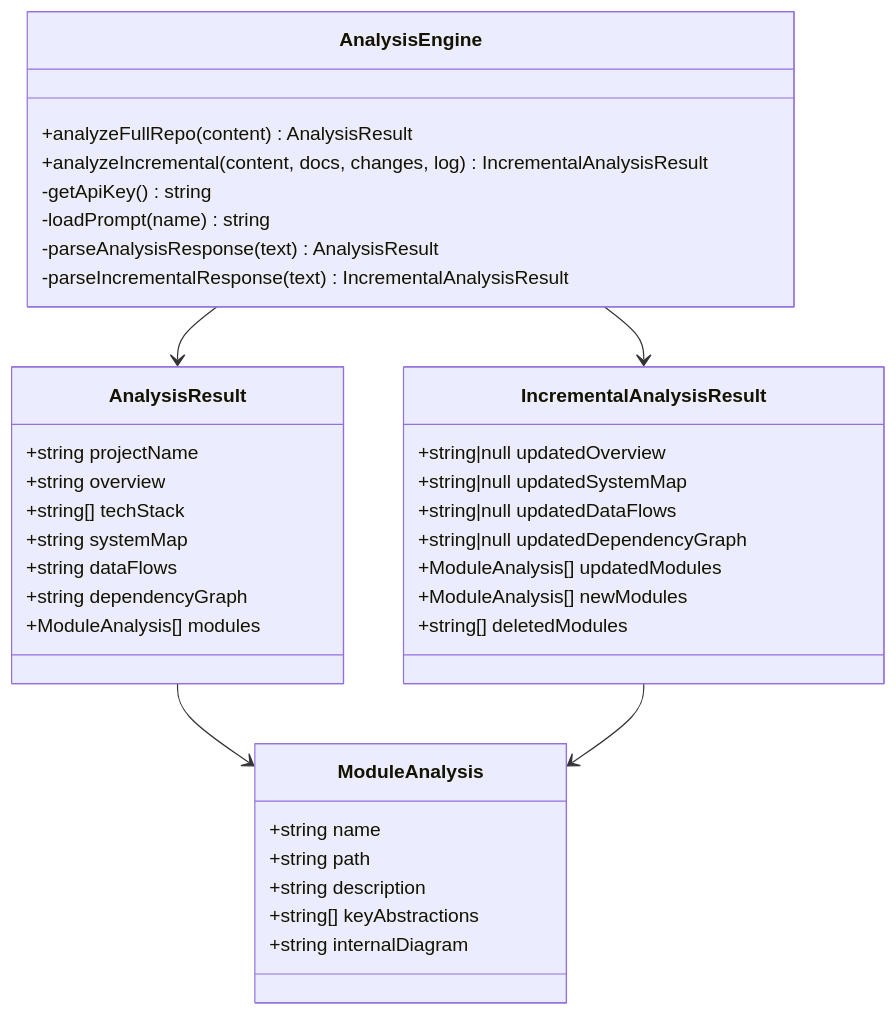
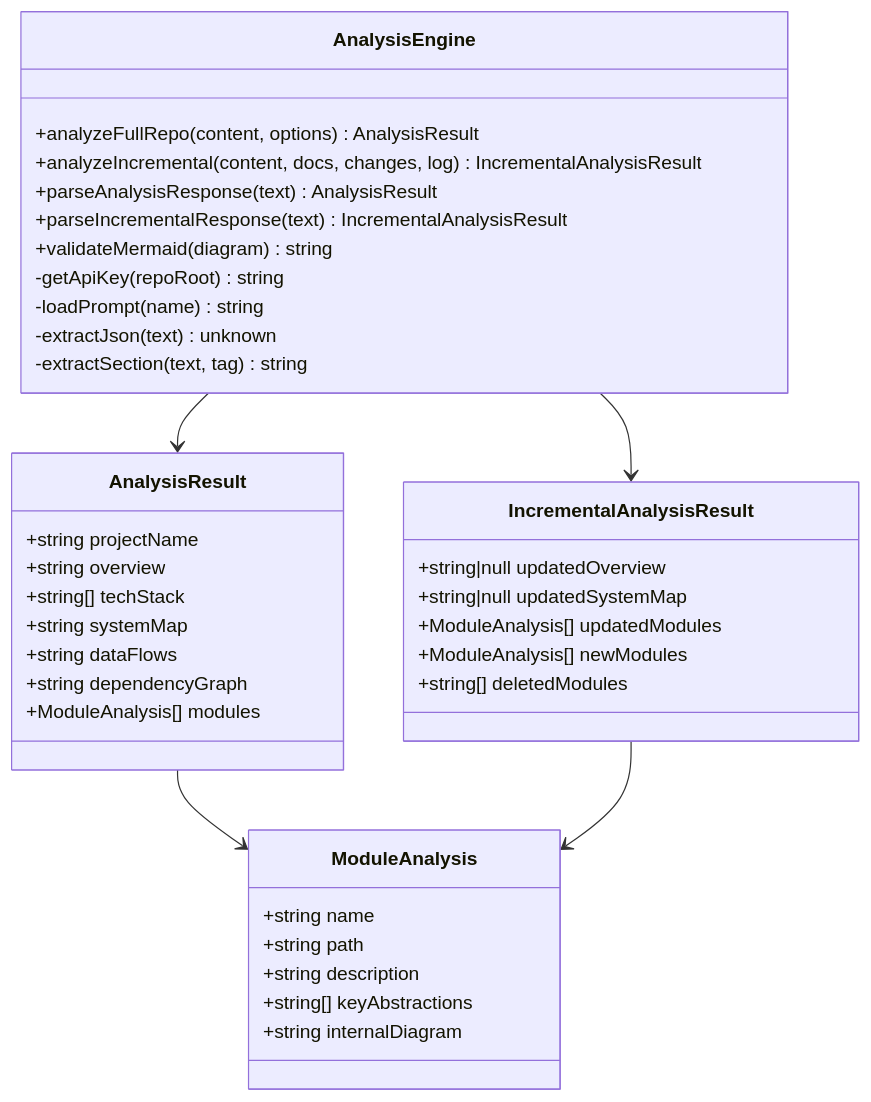
The diagram in docs/architecture/modules/ai-analysis-engine.md (sergical/repo-architect), drawn with Mermaid before and after one commit. The commit also changed other lines of this file and 8 other files, not shown here.

First line of the commit message:
Update architecture docs and fix model name in cost estimation

````diff
--- a/docs/architecture/modules/ai-analysis-engine.md
+++ b/docs/architecture/modules/ai-analysis-engine.md
@@ -18,40 +23,41 @@
 ```mermaid
 classDiagram
     class AnalysisEngine {
-        +analyzeFullRepo(content) AnalysisResult
+        +analyzeFullRepo(content, options) AnalysisResult
         +analyzeIncremental(content, docs, changes, log) IncrementalAnalysisResult
-        -getApiKey() string
+        +parseAnalysisResponse(text) AnalysisResult
+        +parseIncrementalResponse(text) IncrementalAnalysisResult
+        +validateMermaid(diagram) string
+        -getApiKey(repoRoot) string
         -loadPrompt(name) string
-        -parseAnalysisResponse(text) AnalysisResult
-        -parseIncrementalResponse(text) IncrementalAnalysisResult
+        -extractJson(text) unknown
+        -extractSection(text, tag) string
     }
     class AnalysisResult {
         +string projectName
         +string overview
         +string[] techStack
         +string systemMap
         +string dataFlows
         +string dependencyGraph
         +ModuleAnalysis[] modules
     }
     class IncrementalAnalysisResult {
         +string|null updatedOverview
         +string|null updatedSystemMap
-        +string|null updatedDataFlows
-        +string|null updatedDependencyGraph
         +ModuleAnalysis[] updatedModules
         +ModuleAnalysis[] newModules
         +string[] deletedModules
     }
     class ModuleAnalysis {
         +string name
         +string path
         +string description
         +string[] keyAbstractions
         +string internalDiagram
     }
     AnalysisEngine --> AnalysisResult
     AnalysisEngine --> IncrementalAnalysisResult
     AnalysisResult --> ModuleAnalysis
     IncrementalAnalysisResult --> ModuleAnalysis
 ```
````
